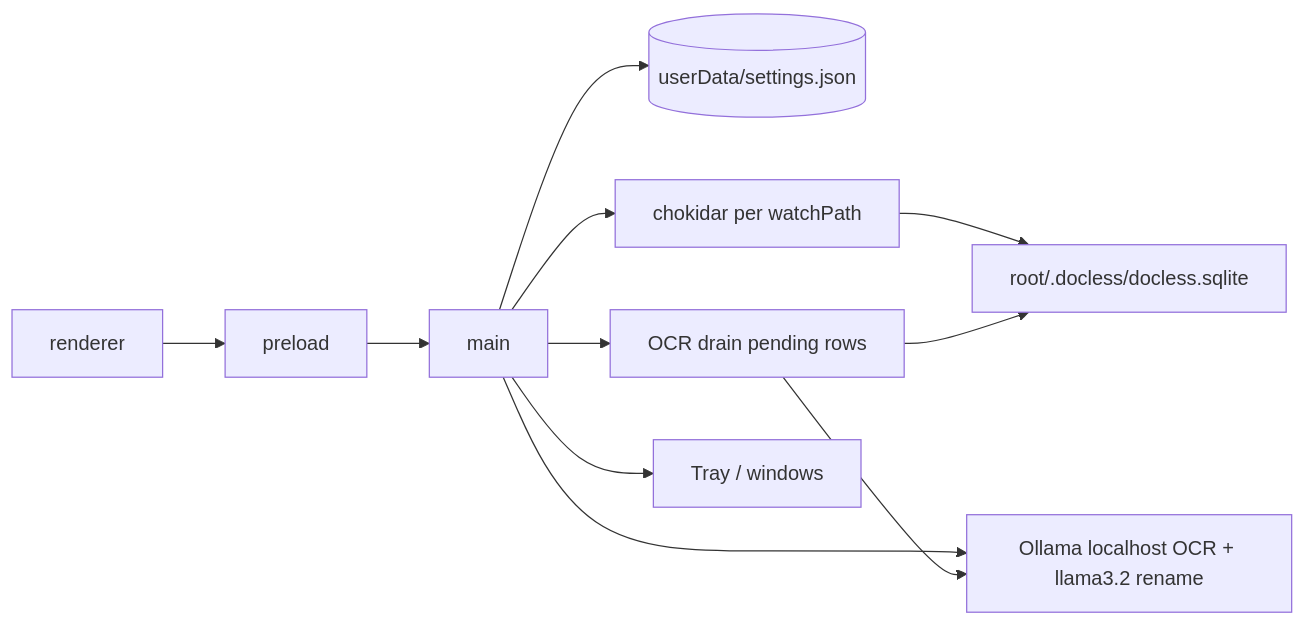
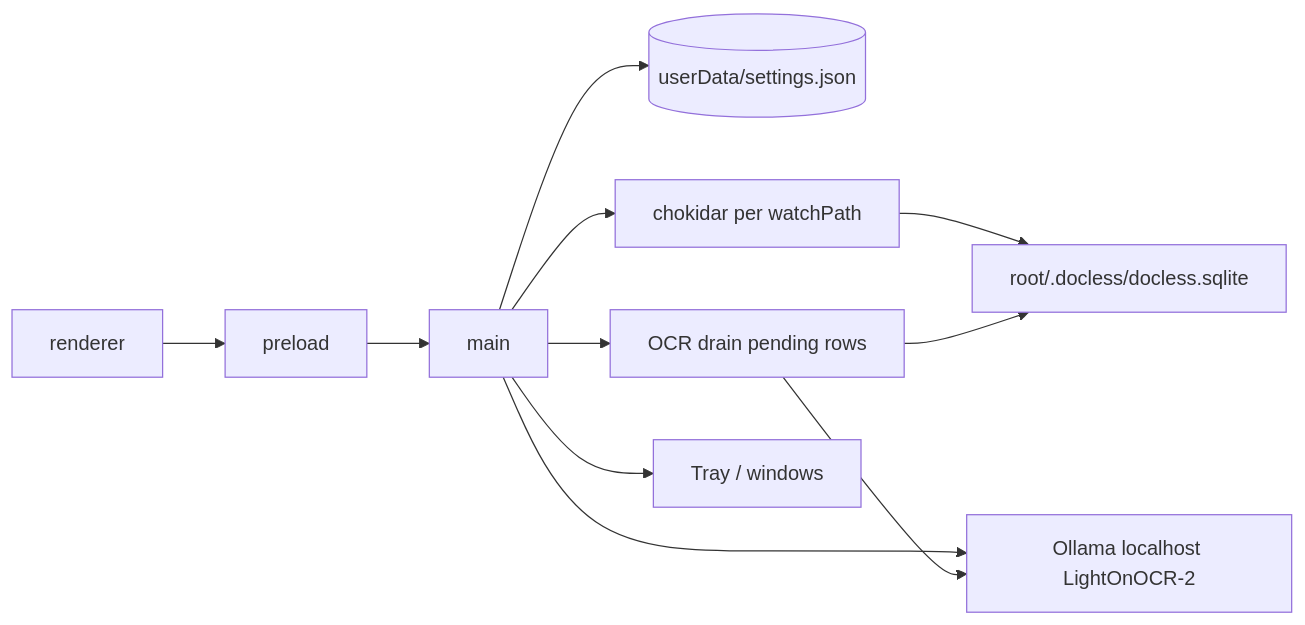
The diagram in docs/architecture.md (TheGoatedDev/Docless), drawn with Mermaid before and after one commit. The commit also changed other lines of this file and 16 other files, not shown here.

````diff
--- a/docs/architecture.md
+++ b/docs/architecture.md
@@ -23,12 +23,12 @@
 ```mermaid
 flowchart LR
   renderer --> preload --> main
   main --> settings[(userData/settings.json)]
   main --> watch[chokidar per watchPath]
   watch --> docless["root/.docless/docless.sqlite"]
-    main --> ollama[Ollama localhost OCR + llama3.2 rename]
+    main --> ollama[Ollama localhost LightOnOCR-2]
   main --> ocr[OCR drain pending rows]
   ocr --> ollama
   ocr --> docless
   main --> tray[Tray / windows]
 ```
````
